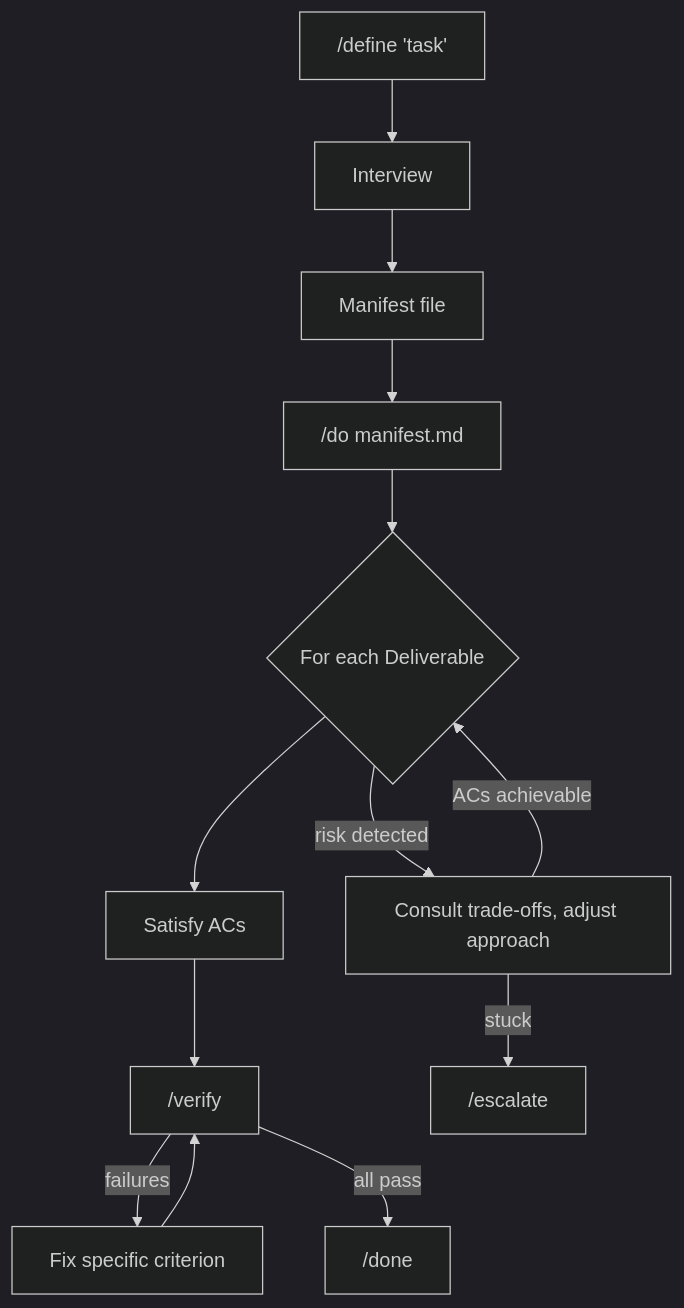
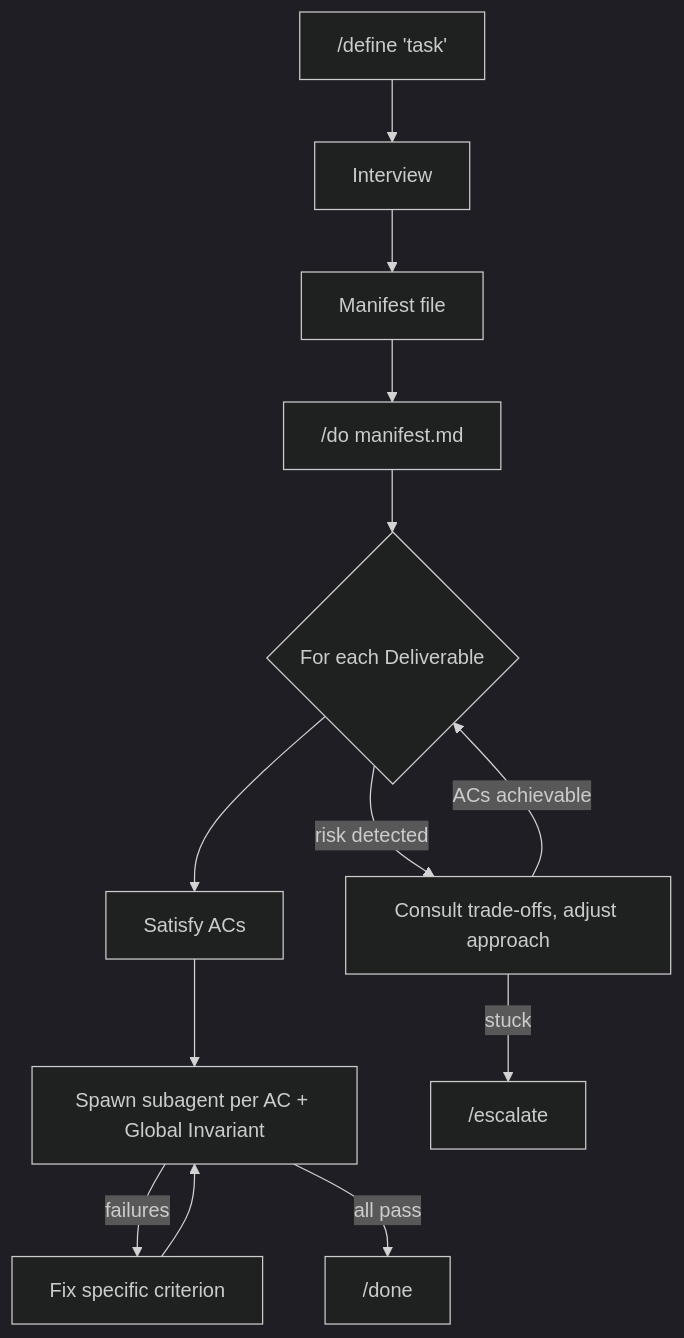
Before and after one commit to doodledood/manifest-dev: the diagram in README.md, drawn with Mermaid (dark theme). The commit also changed other lines of this file and 236 other files, not shown here.

````diff
--- a/README.md
+++ b/README.md
@@ -78,15 +76,15 @@
 ```mermaid
 flowchart TD
     A["/define 'task'"] --> B["Interview"]
     B --> C["Manifest file"]
     C --> D["/do manifest.md"]
     D --> E{"For each Deliverable"}
     E --> F["Satisfy ACs"]
-    F --> G["/verify"]
+    F --> G["Spawn subagent per AC + Global Invariant"]
     G -->|failures| H["Fix specific criterion"]
     H --> G
     G -->|all pass| I["/done"]
     E -->|risk detected| J["Consult trade-offs, adjust approach"]
     J -->|ACs achievable| E
     J -->|stuck| K["/escalate"]
 ```
````
